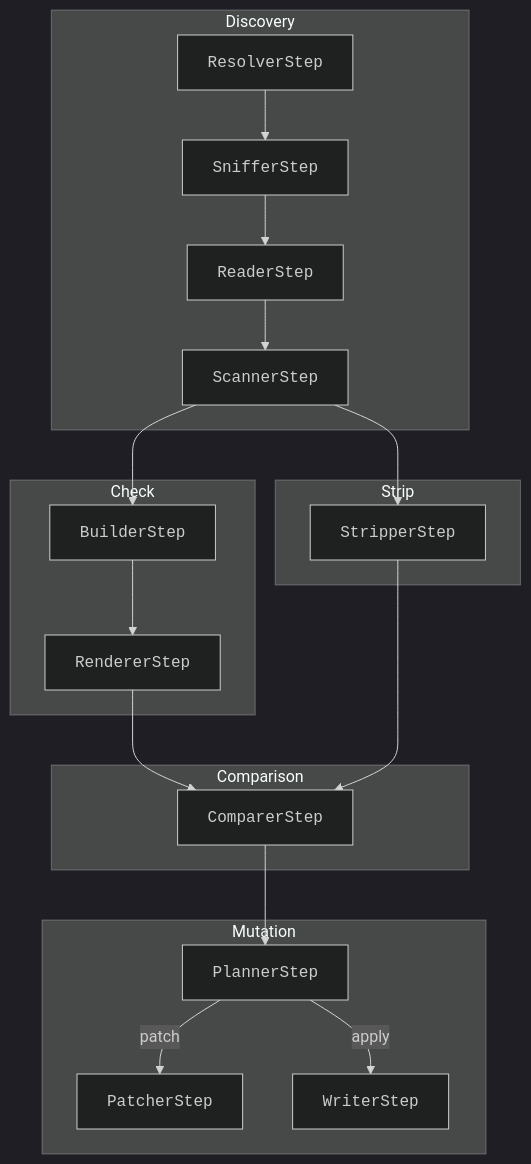
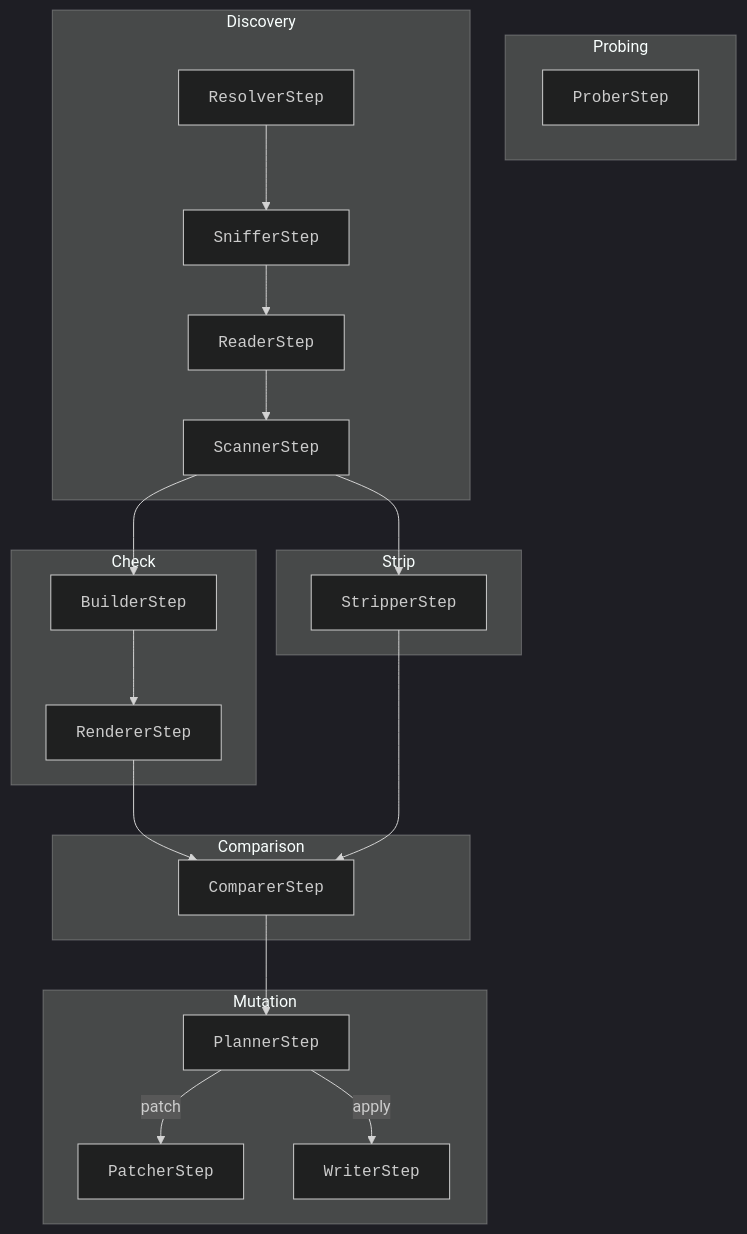
Before and after one commit to shutterfreak/topmark: the first of 25 diagrams in docs/dev/pipelines.md, drawn with Mermaid (dark theme). The commit also changed other lines of this file and 14 other files, not shown here.

````diff
--- a/docs/dev/pipelines.md
+++ b/docs/dev/pipelines.md
@@ -68,42 +69,46 @@
 ```mermaid
 flowchart TD
+
+  subgraph Probing
+    O[<tt>ProberStep</tt>]
+  end
 
   subgraph Discovery
     R[<tt>ResolverStep</tt>]
     S[<tt>SnifferStep</tt>]
     D[<tt>ReaderStep</tt>]
     N[<tt>ScannerStep</tt>]
 
     R --> S --> D --> N
   end
 
   subgraph Check
     B[<tt>BuilderStep</tt>]
     T[<tt>RendererStep</tt>]
 
     N --> B --> T
   end
 
   subgraph Strip
     X[<tt>StripperStep</tt>]
 
     N --> X
   end
 
   subgraph Comparison
     C[<tt>ComparerStep</tt>]
   end
 
   subgraph Mutation
     P[<tt>PlannerStep</tt>]
     H[<tt>PatcherStep</tt>]
     W[<tt>WriterStep</tt>]
 
     C --> P
     P -->|patch| H
     P -->|apply| W
   end
 
   T --> C
   X ---> C
 ```
````
